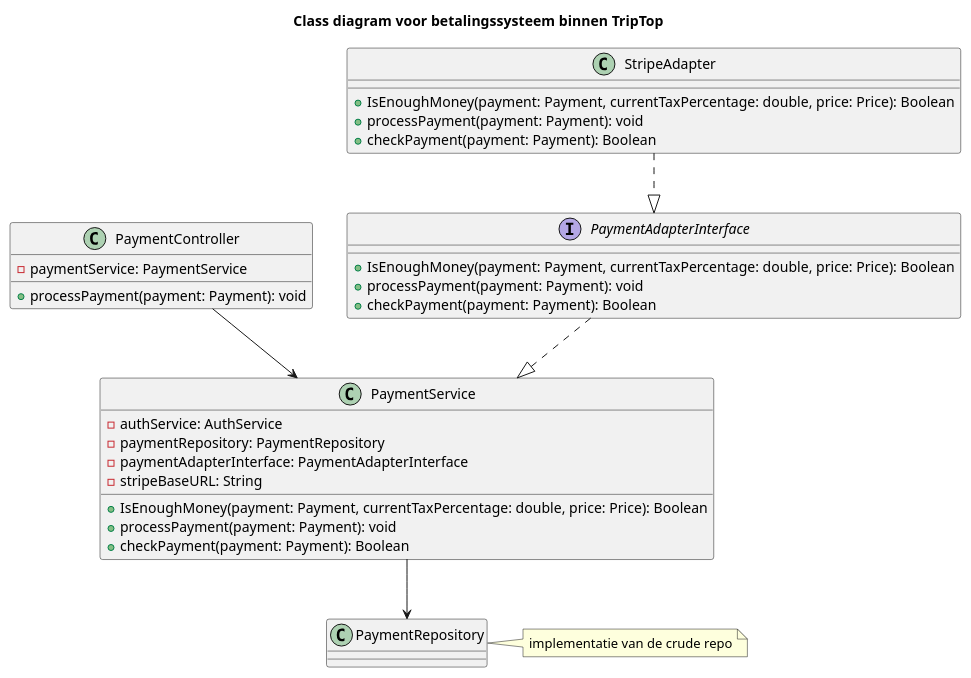
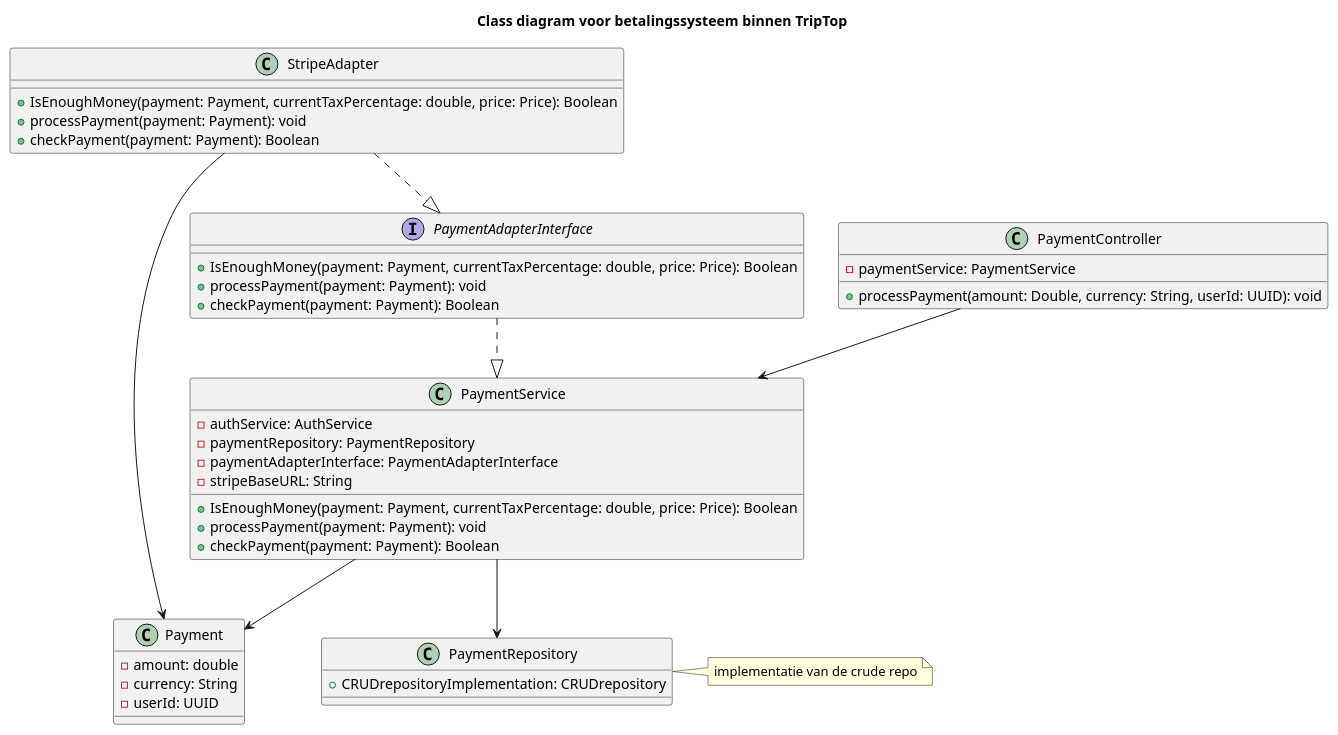
The diagram in gemaakte-werk-daniel/week-2/les-4/les/class-diagram-adapter.puml (AIM-ENE-feb25/triptop-groep-b6), drawn with PlantUML before and after one commit.

```diff
--- a/gemaakte-werk-daniel/week-2/les-4/les/class-diagram-adapter.puml
+++ b/gemaakte-werk-daniel/week-2/les-4/les/class-diagram-adapter.puml
@@ -1,45 +1,52 @@
 @startuml
 
 title Class diagram voor betalingssysteem binnen TripTop
 
+Class Payment {
+    - amount: double
+    - currency: String
+    - userId: UUID
+}
+
 class PaymentController {
     - paymentService: PaymentService
-    + processPayment(payment: Payment): void
+    + processPayment(amount: Double, currency: String, userId: UUID): void
 }
 
 Class PaymentService {
     - authService: AuthService
     - paymentRepository: PaymentRepository
     - paymentAdapterInterface: PaymentAdapterInterface
     - stripeBaseURL: String
     + IsEnoughMoney(payment: Payment, currentTaxPercentage: double, price: Price): Boolean
     + processPayment(payment: Payment): void
     + checkPayment(payment: Payment): Boolean
 }
-
 
 Class StripeAdapter {
     + IsEnoughMoney(payment: Payment, currentTaxPercentage: double, price: Price): Boolean
     + processPayment(payment: Payment): void
     + checkPayment(payment: Payment): Boolean
 }
 
 Interface PaymentAdapterInterface {
     + IsEnoughMoney(payment: Payment, currentTaxPercentage: double, price: Price): Boolean
     + processPayment(payment: Payment): void
     + checkPayment(payment: Payment): Boolean
 }
 
 Class PaymentRepository {
-    
+    + CRUDrepositoryImplementation: CRUDrepository
 }
 note right of PaymentRepository
   implementatie van de crude repo
 end note
 
 PaymentController --> PaymentService
 PaymentService --> PaymentRepository
+PaymentService --> Payment
 PaymentAdapterInterface ..|> PaymentService
 StripeAdapter ..|> PaymentAdapterInterface
+StripeAdapter --> Payment
 
 @enduml
```
